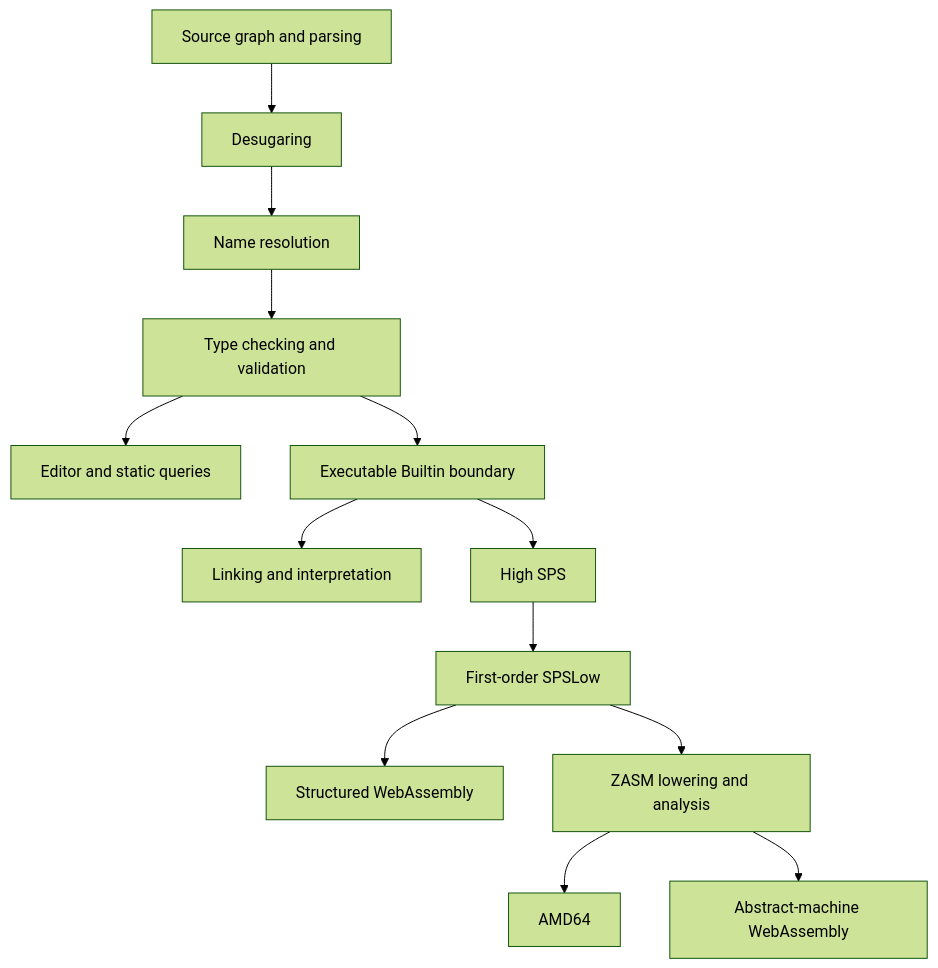
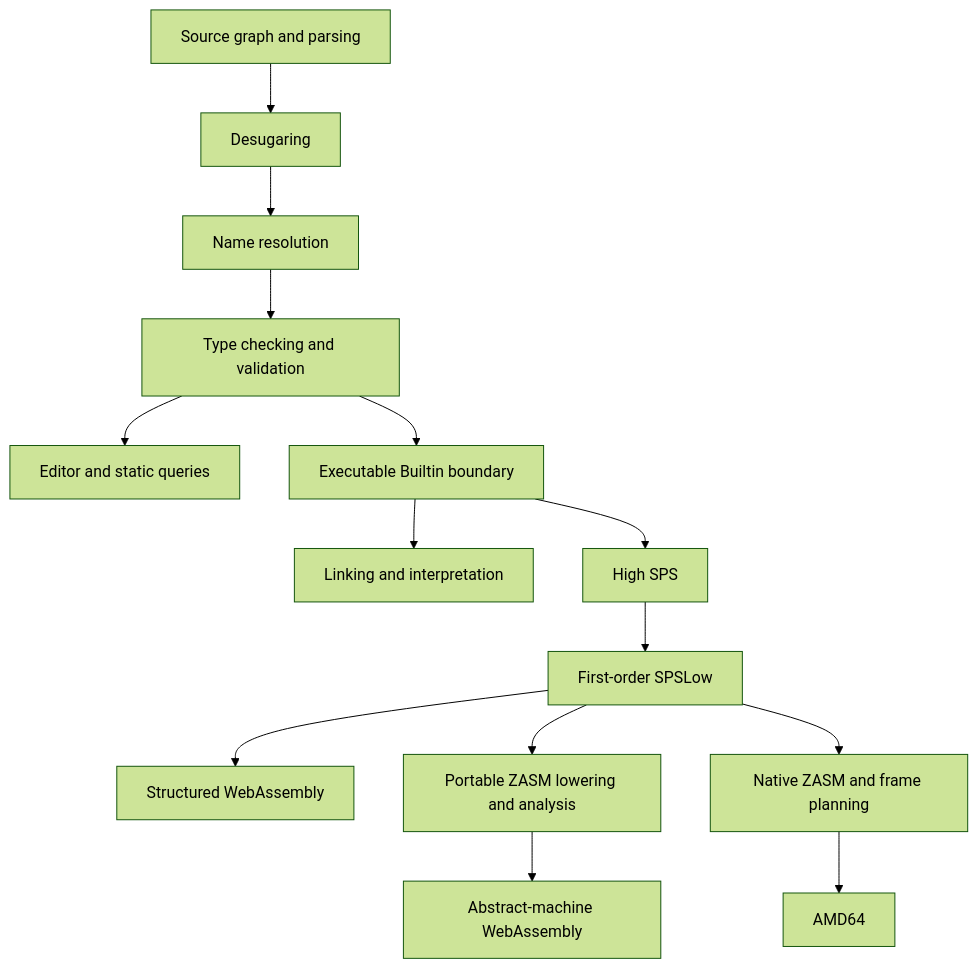
One commit to zydeco-lang/zydeco changed the diagram in DESIGN.md. Above: the diagram before and after it, drawn with Mermaid (forest theme). The commit also changed other lines of this file and 14 other files, not shown here.

````diff
--- a/DESIGN.md
+++ b/DESIGN.md
@@ -520,15 +520,16 @@
 ```mermaid
 flowchart TD
     source[Source graph and parsing] --> desugar[Desugaring]
     desugar --> resolve[Name resolution]
     resolve --> check[Type checking and validation]
     check --> tooling[Editor and static queries]
     check --> builtin[Executable Builtin boundary]
     builtin --> interp[Linking and interpretation]
     builtin --> sps[High SPS]
     sps --> low[First-order SPSLow]
     low --> structured[Structured WebAssembly]
-    low --> zasm[ZASM lowering and analysis]
-    zasm --> amd64[AMD64]
+    low --> zasm[Portable ZASM lowering and analysis]
     zasm --> machine[Abstract-machine WebAssembly]
+    low --> native[Native ZASM and frame planning]
+    native --> amd64[AMD64]
 ```
````
